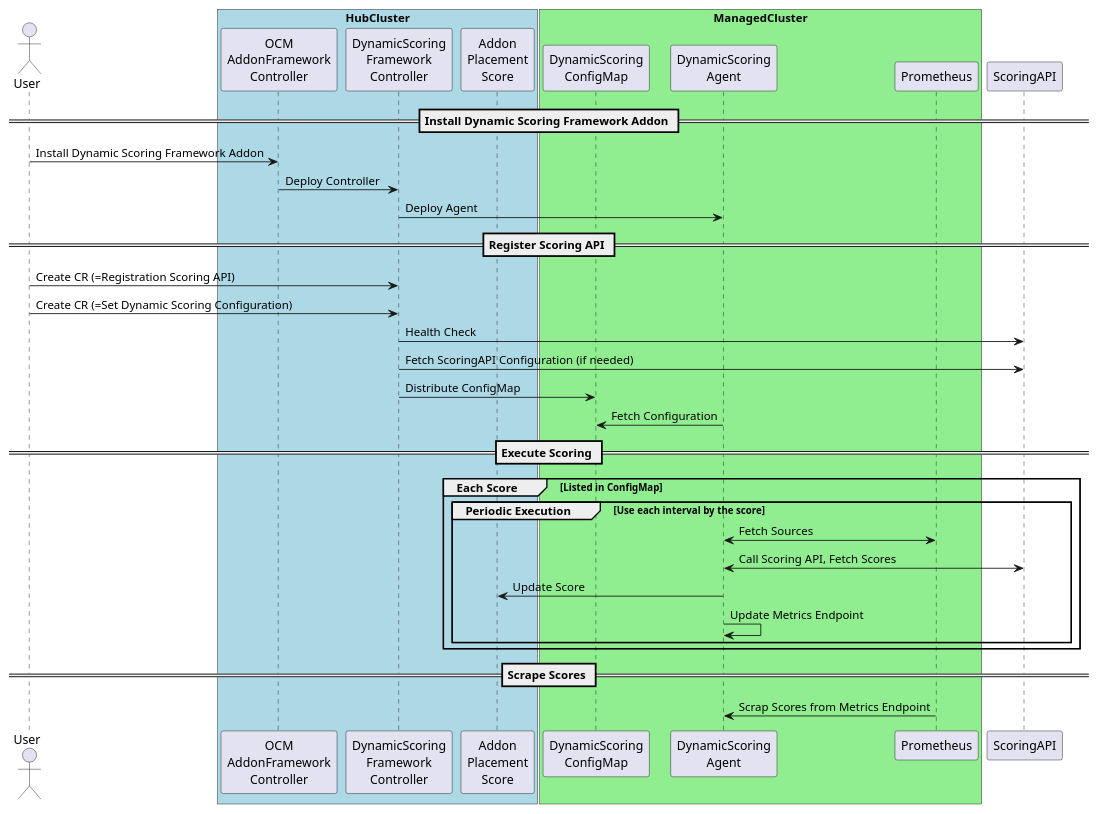
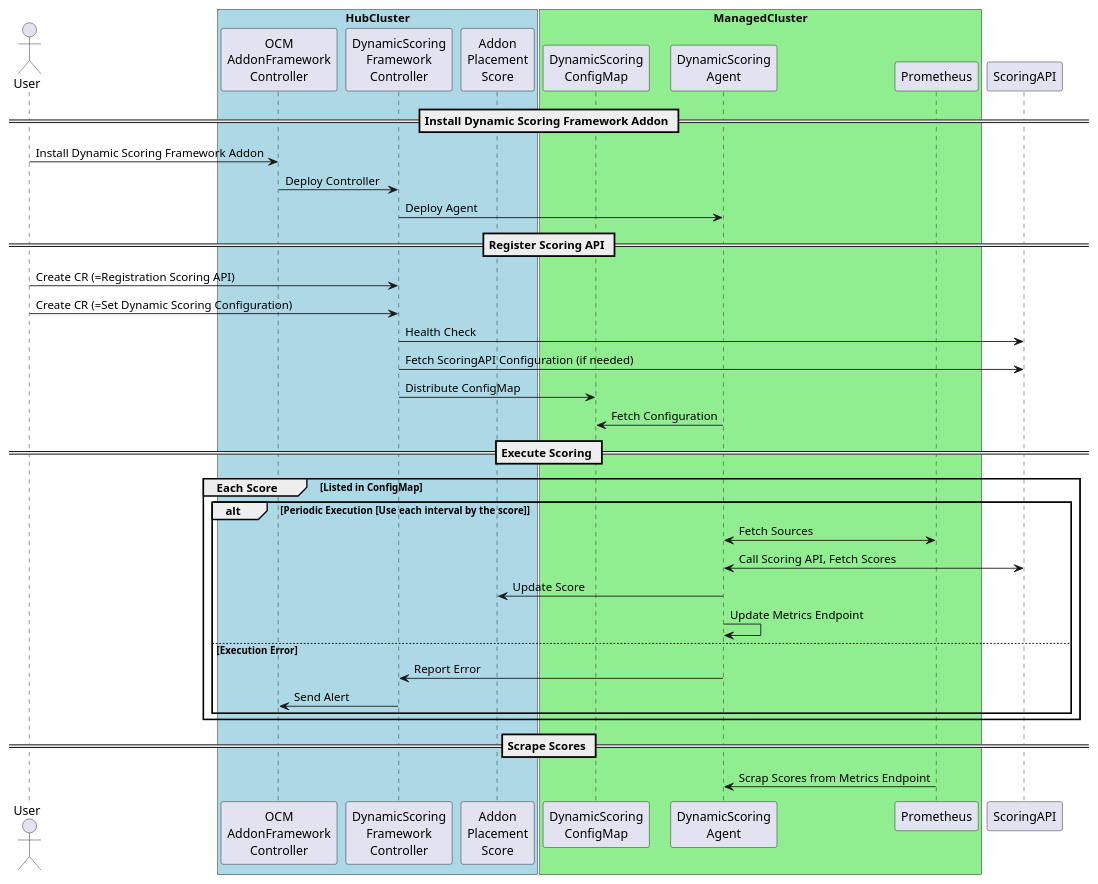
One commit to open-cluster-management-io/enhancements changed the first of 5 diagrams in enhancements/sig-architecture/83-dynamic-scoring-framework-addon/README.md. Above: the diagram before and after it, drawn with PlantUML. The commit also changed other lines of this file, not shown here.

````diff
--- a/enhancements/sig-architecture/83-dynamic-scoring-framework-addon/README.md
+++ b/enhancements/sig-architecture/83-dynamic-scoring-framework-addon/README.md
@@ -148,47 +156,50 @@
 ```plantuml
 @startuml
 
 actor User
 
 box "HubCluster" #LightBlue
 participant "OCM\nAddonFramework\nController" as AFC
 participant "DynamicScoring\nFramework\nController" as DSFC
 participant "Addon\nPlacement\nScore" as APS
 end box
 
 box "ManagedCluster" #LightGreen
 participant "DynamicScoring\nConfigMap" as DSCM
 participant "DynamicScoring\nAgent" as DSA
 participant "Prometheus" as MP
 end box
 
 
 == Install Dynamic Scoring Framework Addon ==
 User -> AFC: Install Dynamic Scoring Framework Addon
 AFC -> DSFC: Deploy Controller
 DSFC -> DSA: Deploy Agent
 
 == Register Scoring API ==
 
 User -> DSFC: Create CR (=Registration Scoring API)
 User -> DSFC: Create CR (=Set Dynamic Scoring Configuration)
 DSFC -> ScoringAPI: Health Check
 DSFC -> ScoringAPI: Fetch ScoringAPI Configuration (if needed)
 DSFC -> DSCM: Distribute ConfigMap
 DSA -> DSCM: Fetch Configuration
 
 == Execute Scoring ==
 group Each Score [Listed in ConfigMap]
-  group Periodic Execution [Use each interval by the score]
+  alt Periodic Execution [Use each interval by the score]
   DSA <-> MP: Fetch Sources
   DSA <-> ScoringAPI: Call Scoring API, Fetch Scores
   DSA -> APS: Update Score
   DSA -> DSA: Update Metrics Endpoint
+  else Execution Error
+  DSA -> DSFC: Report Error
+  DSFC -> AFC: Send Alert
   end
 end
 
 == Scrape Scores ==
 MP -> DSA: Scrap Scores from Metrics Endpoint
 
 @enduml
 ```
````
